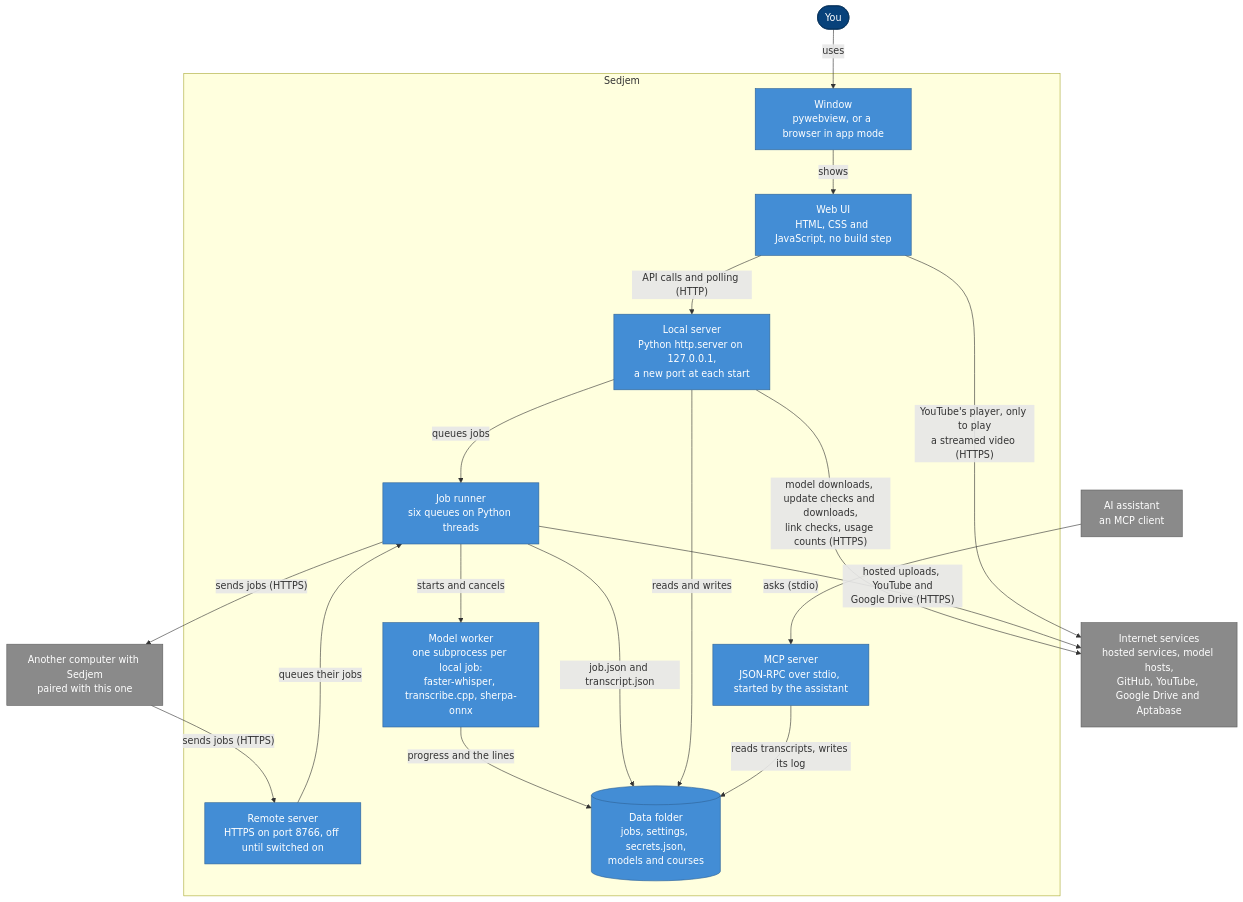
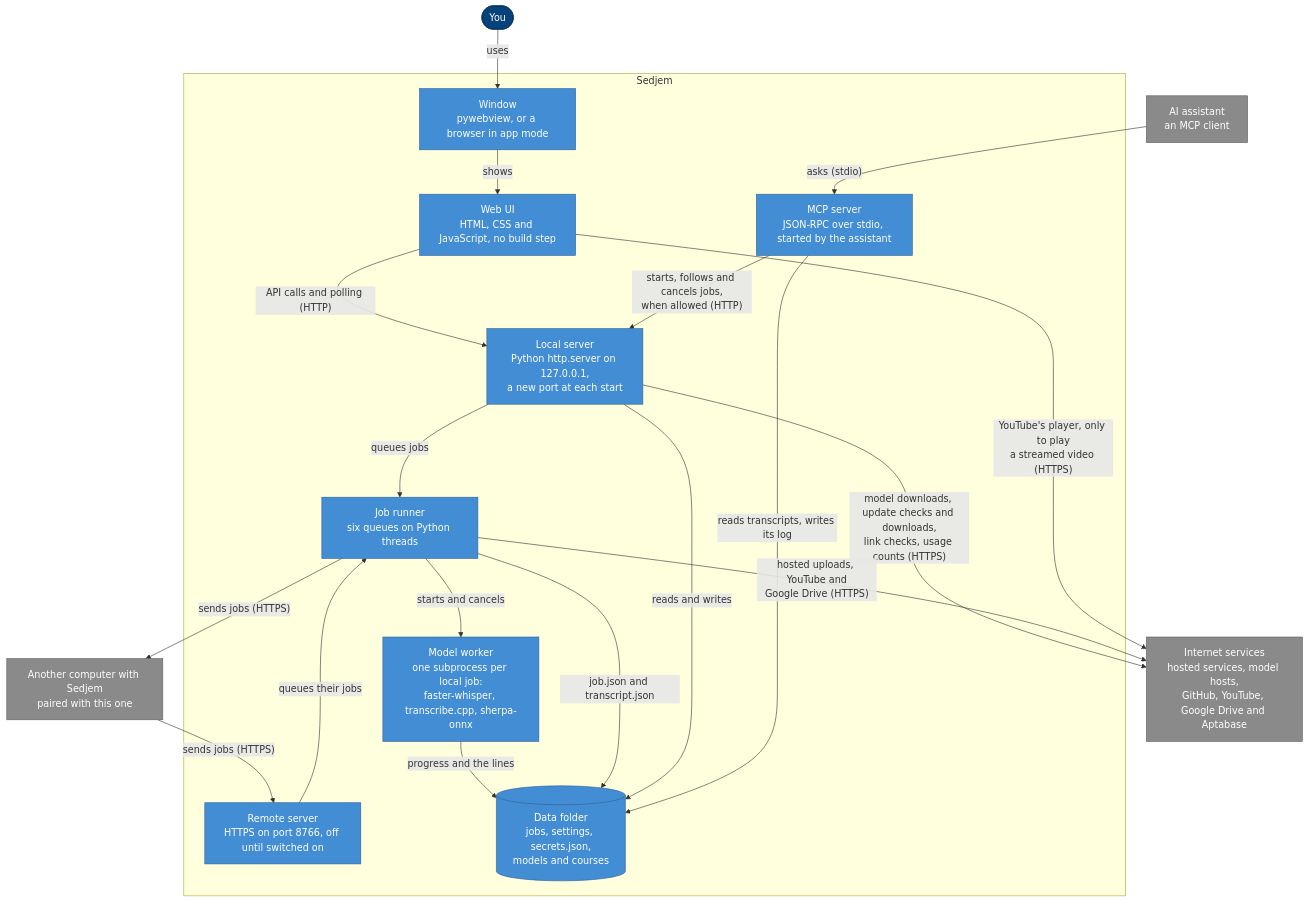
The second of 3 diagrams in docs/16-architecture.md (MohammedEl-sayedAhmed/sedjem), drawn with Mermaid before and after one commit. The commit also changed other lines of this file and 23 other files, not shown here.

````diff
--- a/docs/16-architecture.md
+++ b/docs/16-architecture.md
@@ -51,42 +54,43 @@
 ```mermaid
 flowchart TB
   you(["You"])
   assistant["AI assistant<br/>an MCP client"]
   other["Another computer with Sedjem<br/>paired with this one"]
   internet["Internet services<br/>hosted services, model hosts,<br/>GitHub, YouTube, Google Drive and Aptabase"]
 
   subgraph sedjem["Sedjem"]
     window["Window<br/>pywebview, or a browser in app mode"]
     ui["Web UI<br/>HTML, CSS and JavaScript, no build step"]
     server["Local server<br/>Python http.server on 127.0.0.1,<br/>a new port at each start"]
     runner["Job runner<br/>six queues on Python threads"]
     worker["Model worker<br/>one subprocess per local job:<br/>faster-whisper, transcribe.cpp, sherpa-onnx"]
     remote["Remote server<br/>HTTPS on port 8766, off until switched on"]
     mcp["MCP server<br/>JSON-RPC over stdio, started by the assistant"]
     data[("Data folder<br/>jobs, settings, secrets.json,<br/>models and courses")]
   end
 
   you -->|"uses"| window
   window -->|"shows"| ui
   ui -->|"API calls and polling (HTTP)"| server
   server -->|"queues jobs"| runner
   runner -->|"starts and cancels"| worker
   worker -->|"progress and the lines"| data
   runner -->|"job.json and transcript.json"| data
   server -->|"reads and writes"| data
   server -->|"model downloads, update checks and downloads,<br/>link checks, usage counts (HTTPS)"| internet
   runner -->|"hosted uploads, YouTube and<br/>Google Drive (HTTPS)"| internet
   ui -->|"YouTube's player, only to play<br/>a streamed video (HTTPS)"| internet
   runner -->|"sends jobs (HTTPS)"| other
   other -->|"sends jobs (HTTPS)"| remote
   remote -->|"queues their jobs"| runner
   assistant -->|"asks (stdio)"| mcp
   mcp -->|"reads transcripts, writes its log"| data
+  mcp -->|"starts, follows and cancels jobs,<br/>when allowed (HTTP)"| server
 
   classDef person fill:#08427b,stroke:#052e56,color:#fff
   classDef part fill:#438dd5,stroke:#2e6295,color:#fff
   classDef external fill:#8a8a8a,stroke:#5e5e5e,color:#fff
   class you person
   class window,ui,server,runner,worker,remote,mcp,data part
   class assistant,other,internet external
 ```
````
